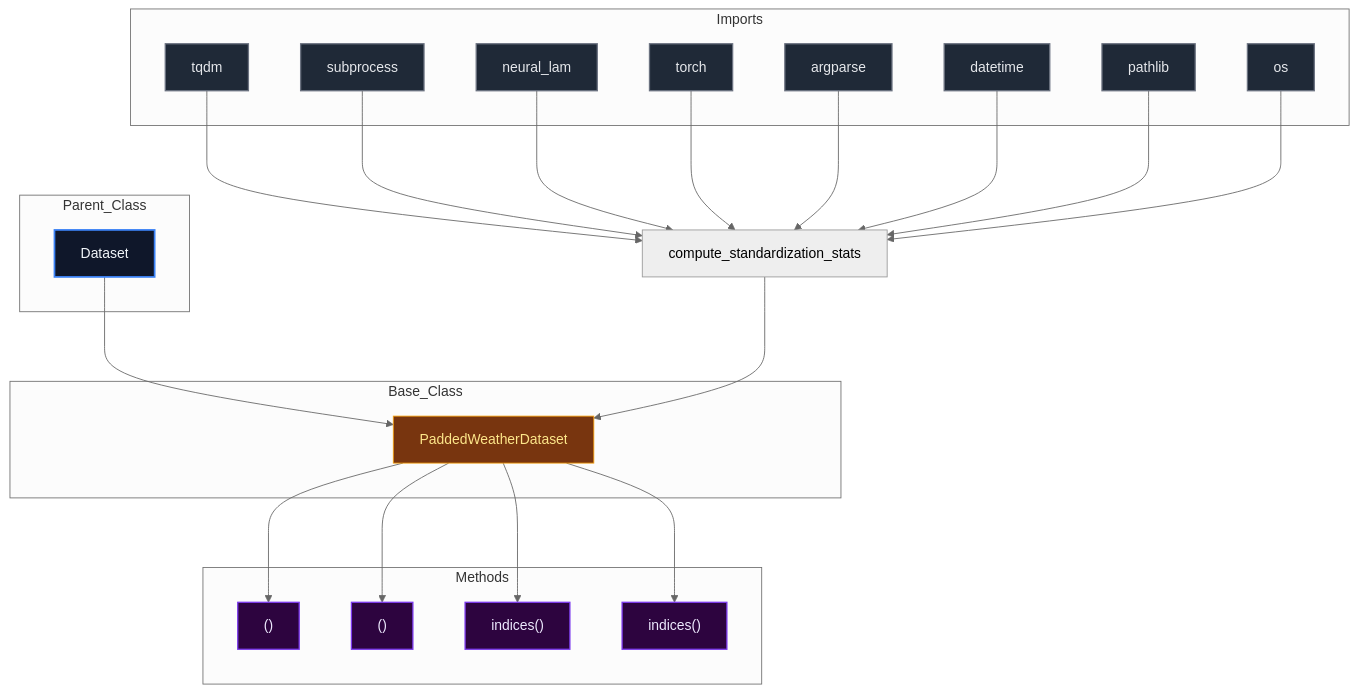
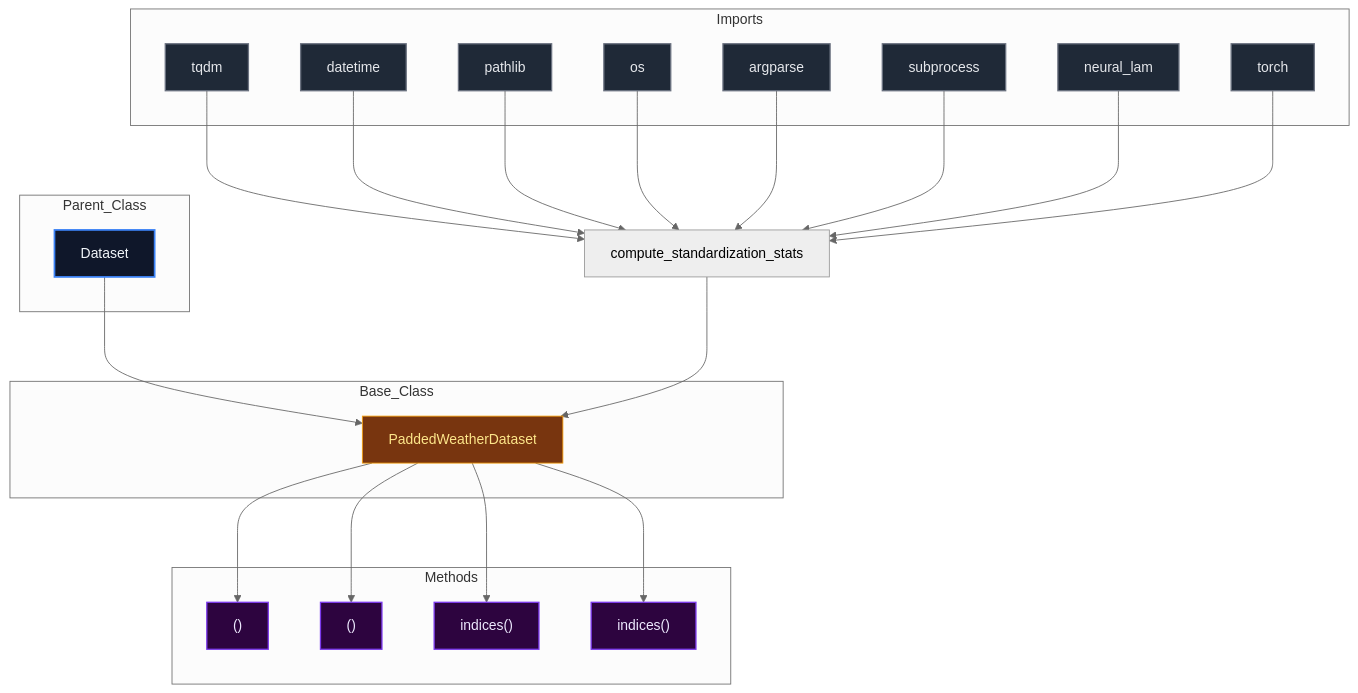
Before and after one commit to mllam/neural-lam: the diagram in docs/diagrams/structure/compute_standardization_stats_diagram.md, drawn with Mermaid (neutral theme). The commit also changed 20 other files, not shown here.

````diff
--- a/docs/diagrams/structure/compute_standardization_stats_diagram.md
+++ b/docs/diagrams/structure/compute_standardization_stats_diagram.md
@@ -1,59 +1,59 @@
 ```mermaid
 %%{init: {'flowchart': {'nodeSpacing': 60, 'rankSpacing': 80}}}%%
 flowchart TD
 
 module["compute_standardization_stats"]
 
 subgraph Parent_Class
     Dataset["Dataset"]
 end
 
 subgraph Base_Class
     PaddedWeatherDataset["PaddedWeatherDataset"]
 end
 
     Dataset --> PaddedWeatherDataset
 
 subgraph Imports
     tqdm["tqdm"]
+    datetime["datetime"]
+    pathlib["pathlib"]
+    os["os"]
+    argparse["argparse"]
     subprocess["subprocess"]
     neural_lam["neural_lam"]
     torch["torch"]
-    argparse["argparse"]
-    datetime["datetime"]
-    pathlib["pathlib"]
-    os["os"]
 end
 
     tqdm --> module
+    datetime --> module
+    pathlib --> module
+    os --> module
+    argparse --> module
     subprocess --> module
     neural_lam --> module
     torch --> module
-    argparse --> module
-    datetime --> module
-    pathlib --> module
-    os --> module
     module --> PaddedWeatherDataset
 
 subgraph Methods
     PaddedWeatherDataset___getitem__["()"]
     PaddedWeatherDataset___len__["()"]
     PaddedWeatherDataset_get_original_indices["indices()"]
     PaddedWeatherDataset_get_original_window_indices["indices()"]
 end
 
     PaddedWeatherDataset --> PaddedWeatherDataset___getitem__
     PaddedWeatherDataset --> PaddedWeatherDataset___len__
     PaddedWeatherDataset --> PaddedWeatherDataset_get_original_indices
     PaddedWeatherDataset --> PaddedWeatherDataset_get_original_window_indices
 
 classDef parent fill:#0f172a,stroke:#3b82f6,stroke-width:2px,color:#f1f5f9,font-size:16px
 classDef base fill:#78350f,stroke:#f59e0b,stroke-width:1px,color:#fde68a,font-size:16px
 classDef import fill:#1f2937,stroke:#6b7280,stroke-width:1.5px,color:#e5e7eb,font-size:16px
 classDef method fill:#2d043f,stroke:#7c3aed,stroke-width:1.5px,color:#ede9fe,font-size:16px
 classDef callNode fill:#064e3b,stroke:#10b981,stroke-width:1.5px,color:#d1fae5,font-size:16px
 class Dataset parent
 class PaddedWeatherDataset base
-class tqdm,subprocess,neural_lam,torch,argparse,datetime,pathlib,os import
+class tqdm,datetime,pathlib,os,argparse,subprocess,neural_lam,torch import
 class PaddedWeatherDataset___getitem__,PaddedWeatherDataset___len__,PaddedWeatherDataset_get_original_indices,PaddedWeatherDataset_get_original_window_indices method
 ```
````
